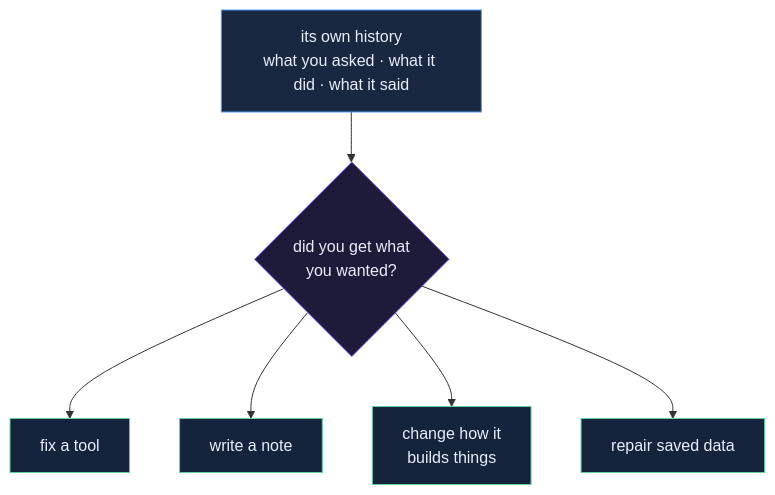
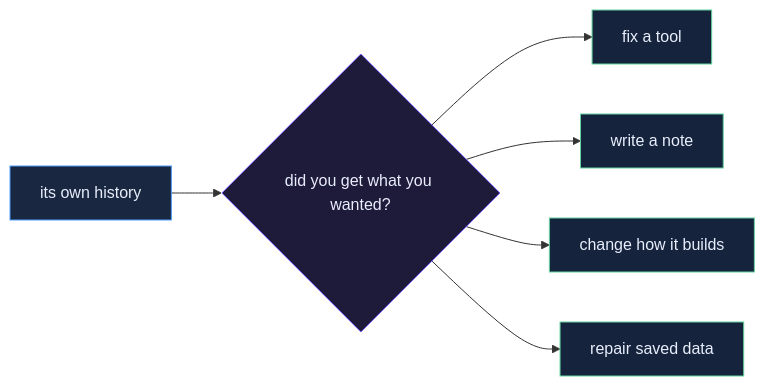
The second of 3 diagrams in README.md (joshuamschultz/simple-agent), drawn with Mermaid before and after one commit. The commit also changed other lines of this file, not shown here.

First line of the commit message:
docs: compact mermaid diagrams

````diff
--- a/README.md
+++ b/README.md
@@ -199,16 +197,15 @@
 ```mermaid
-flowchart TD
-    T["its own history<br/>what you asked · what it did · what it said"]
-    T --> Q{"did you get what<br/>you wanted?"}
+flowchart LR
+    T["its own history"] --> Q{"did you get what you wanted?"}
     Q --> R1["fix a tool"]
     Q --> R2["write a note"]
-    Q --> R3["change how it<br/>builds things"]
+    Q --> R3["change how it builds"]
     Q --> R4["repair saved data"]
 
     classDef t fill:#1a2740,stroke:#4f9cf9,color:#e8eefc
     classDef q fill:#1e1a3a,stroke:#7c5cff,color:#e8eefc
     classDef r fill:#16233c,stroke:#63d19e,color:#e8eefc
     class T t
     class Q q
     class R1,R2,R3,R4 r
 ```
````
